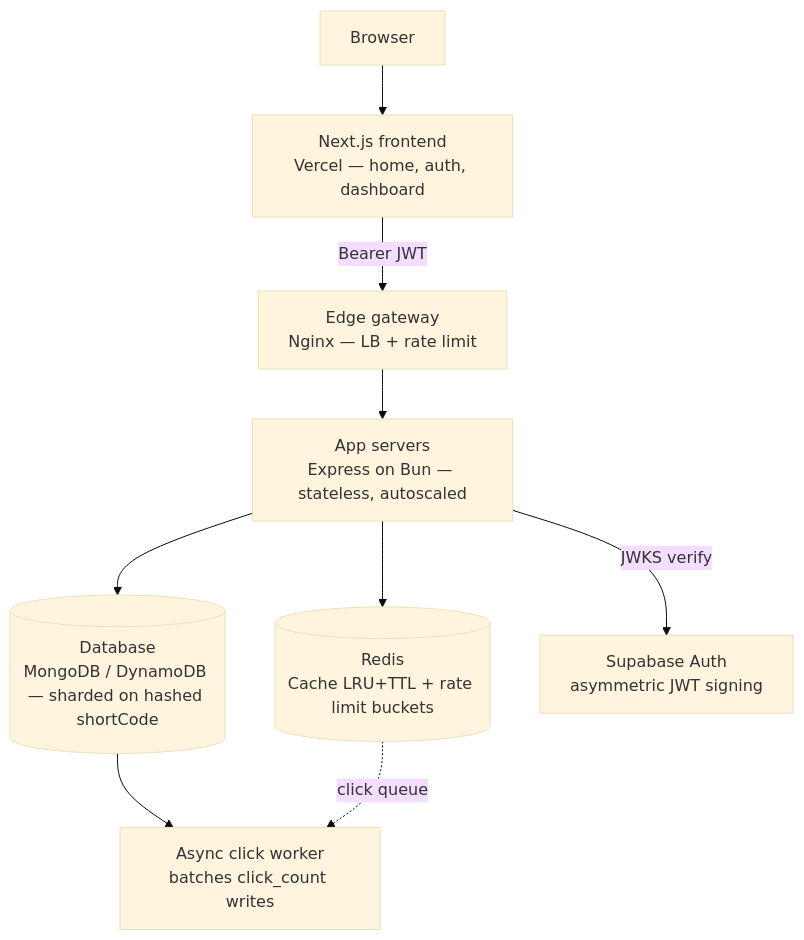
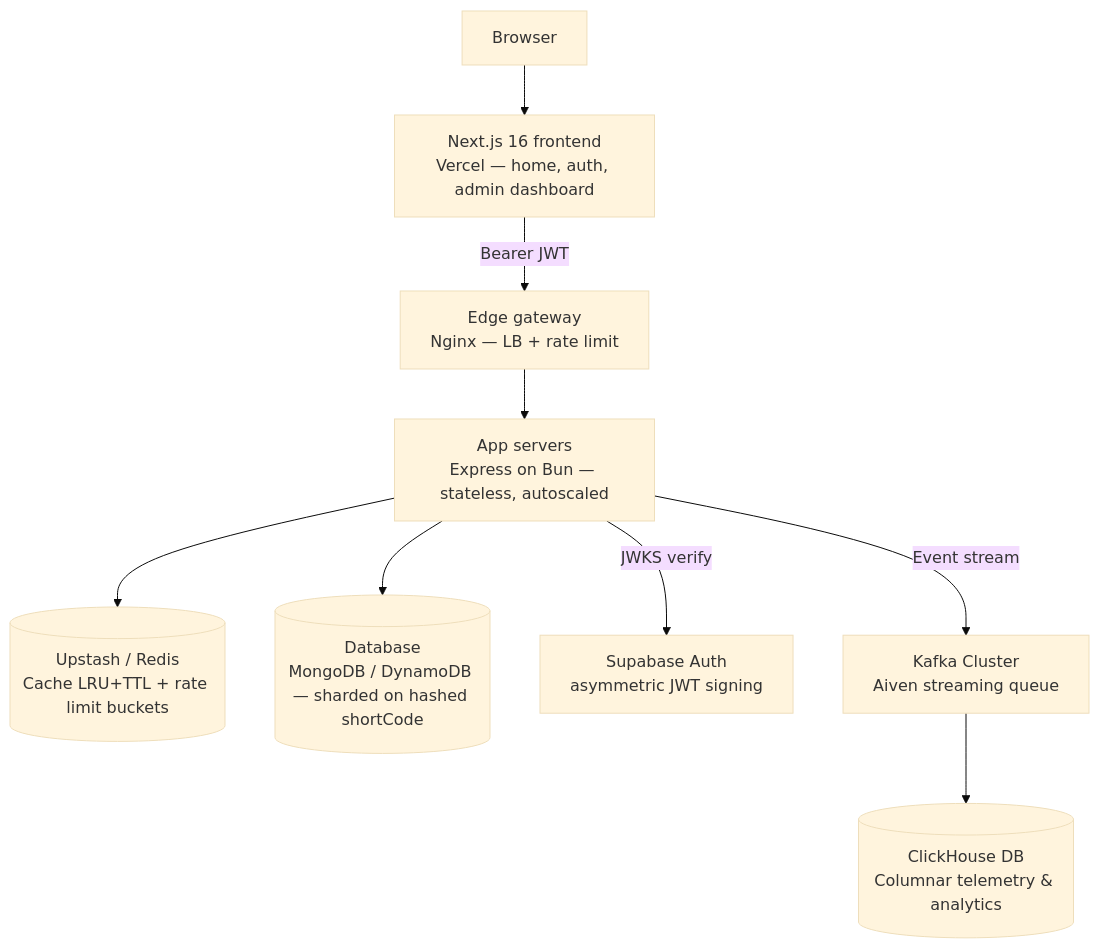
Before and after one commit to rahul-0407/url-shortner: the diagram in Readme.md, drawn with Mermaid (base theme). The commit also changed other lines of this file, not shown here.

Commit message:
docs: update Readme.md with ClickHouse telemetry, Kafka event streaming, and MaterialM admin dashboard

````diff
--- a/Readme.md
+++ b/Readme.md
@@ -19,14 +17,14 @@
 ```mermaid
 flowchart TD
     Browser[Browser]
-    Browser --> FE[Next.js frontend<br/>Vercel — home, auth, dashboard]
+    Browser --> FE[Next.js 16 frontend<br/>Vercel — home, auth, admin dashboard]
     FE -->|Bearer JWT| Gateway[Edge gateway<br/>Nginx — LB + rate limit]
     Gateway --> App[App servers<br/>Express on Bun — stateless, autoscaled]
 
-    App --> Redis[(Redis<br/>Cache LRU+TTL + rate limit buckets)]
+    App --> Redis[(Upstash / Redis<br/>Cache LRU+TTL + rate limit buckets)]
     App --> DB[(Database<br/>MongoDB / DynamoDB — sharded on hashed shortCode)]
     App -->|JWKS verify| Supabase[Supabase Auth<br/>asymmetric JWT signing]
 
-    DB --> Worker[Async click worker<br/>batches click_count writes]
-    Redis -. click queue .-> Worker
+    App -->|Event stream| Kafka[Kafka Cluster<br/>Aiven streaming queue]
+    Kafka --> ClickHouse[(ClickHouse DB<br/>Columnar telemetry & analytics)]
 ```
````
